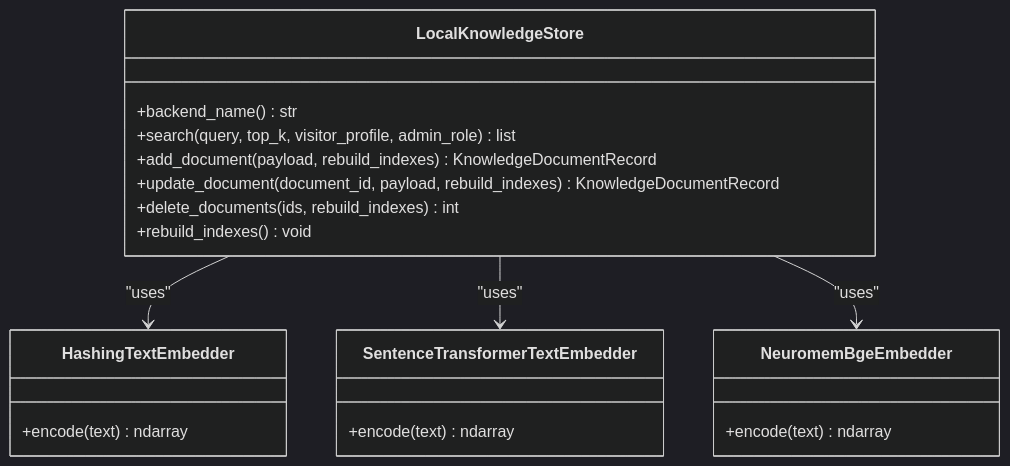
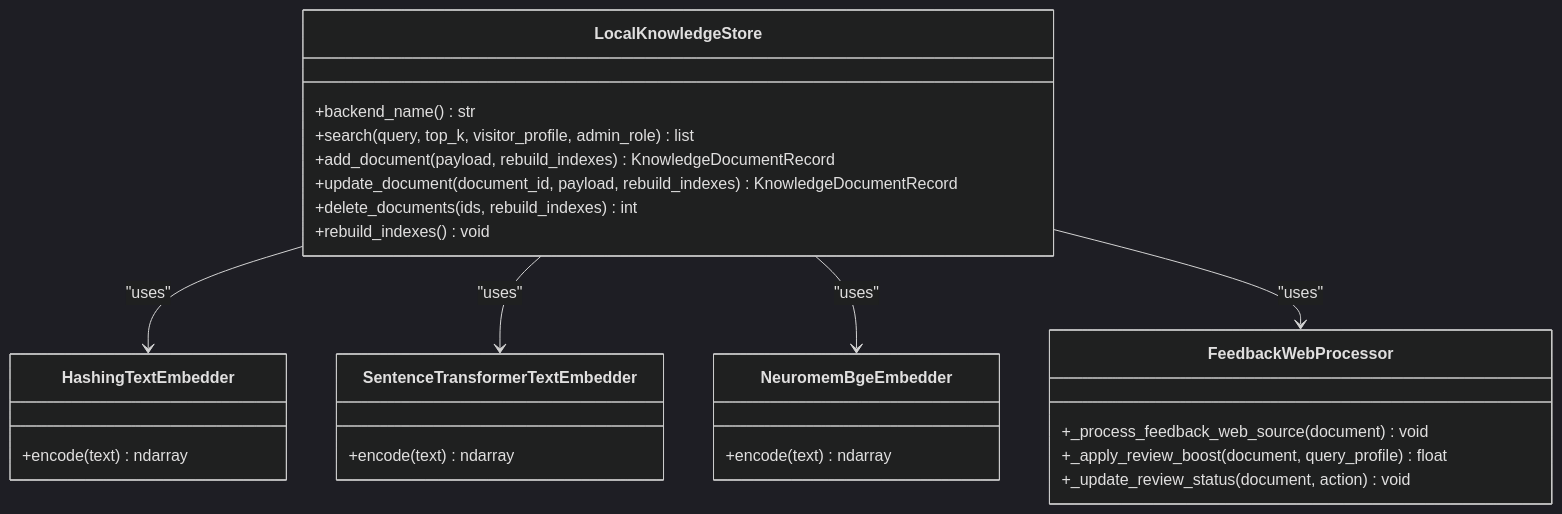
One commit to intellistream/sage-mate changed the seventh of 11 diagrams in .qoder/repowiki/en/content/Integration and Extensions/Integration and Extensions.md. Above: the diagram before and after it, drawn with Mermaid (dark theme). The commit also changed other lines of this file and 60 other files, not shown here.

````diff
--- a/.qoder/repowiki/en/content/Integration and Extensions/Integration and Extensions.md
+++ b/.qoder/repowiki/en/content/Integration and Extensions/Integration and Extensions.md
@@ -293,23 +307,29 @@
 ```mermaid
 classDiagram
 class LocalKnowledgeStore {
 +backend_name() str
 +search(query, top_k, visitor_profile, admin_role) list
 +add_document(payload, rebuild_indexes) KnowledgeDocumentRecord
 +update_document(document_id, payload, rebuild_indexes) KnowledgeDocumentRecord
 +delete_documents(ids, rebuild_indexes) int
 +rebuild_indexes() void
+}
+class FeedbackWebProcessor {
++_process_feedback_web_source(document) void
++_apply_review_boost(document, query_profile) float
++_update_review_status(document, action) void
 }
 class HashingTextEmbedder {
 +encode(text) ndarray
 }
 class SentenceTransformerTextEmbedder {
 +encode(text) ndarray
 }
 class NeuromemBgeEmbedder {
 +encode(text) ndarray
 }
 LocalKnowledgeStore --> HashingTextEmbedder : "uses"
 LocalKnowledgeStore --> SentenceTransformerTextEmbedder : "uses"
 LocalKnowledgeStore --> NeuromemBgeEmbedder : "uses"
+LocalKnowledgeStore --> FeedbackWebProcessor : "uses"
 ```
````
